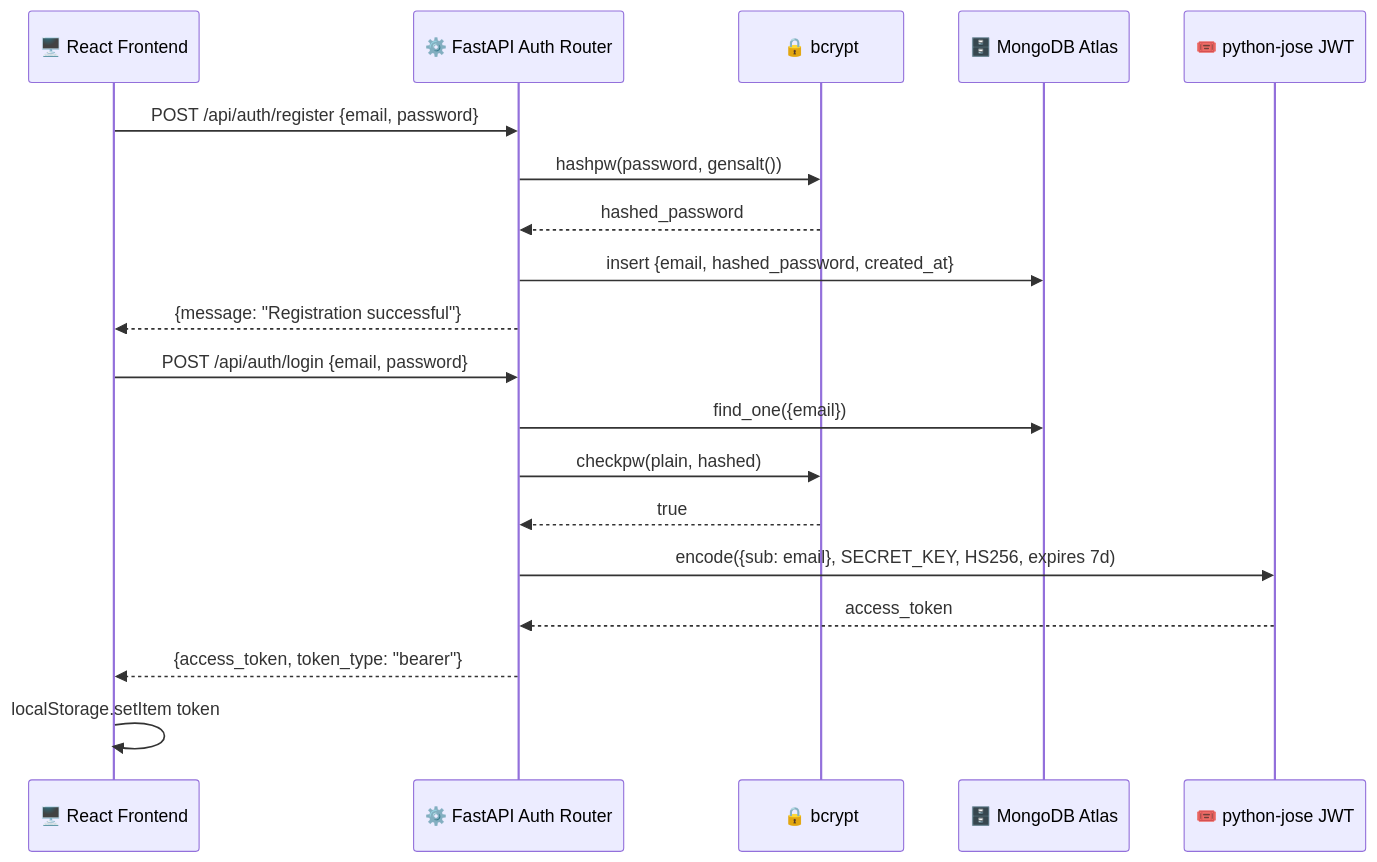
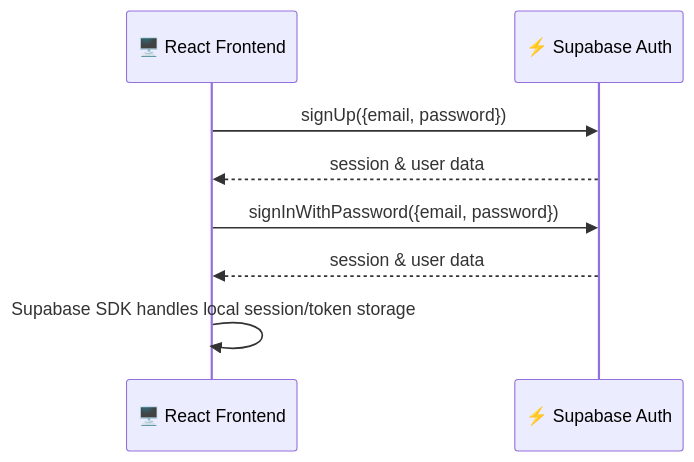
Before and after one commit to kamanasis/multi-agent-finance: the eighth of 9 diagrams in README.md, drawn with Mermaid. The commit also changed other lines of this file, not shown here.

Commit message:
docs: update README to reflect Supabase migration and remove MongoDB references

````diff
--- a/README.md
+++ b/README.md
@@ -396,23 +396,13 @@
 ```mermaid
 sequenceDiagram
     participant UI as 🖥️ React Frontend
-    participant API as ⚙️ FastAPI Auth Router
-    participant BCRYPT as 🔒 bcrypt
-    participant MONGO as 🗄️ MongoDB Atlas
-    participant JWT as 🎟️ python-jose JWT
-
-    UI->>API: POST /api/auth/register {email, password}
-    API->>BCRYPT: hashpw(password, gensalt())
-    BCRYPT-->>API: hashed_password
-    API->>MONGO: insert {email, hashed_password, created_at}
-    API-->>UI: {message: "Registration successful"}
-
-    UI->>API: POST /api/auth/login {email, password}
-    API->>MONGO: find_one({email})
-    API->>BCRYPT: checkpw(plain, hashed)
-    BCRYPT-->>API: true
-    API->>JWT: encode({sub: email}, SECRET_KEY, HS256, expires 7d)
-    JWT-->>API: access_token
-    API-->>UI: {access_token, token_type: "bearer"}
-    UI->>UI: localStorage.setItem token
+    participant SUPA as ⚡ Supabase Auth
+    
+    UI->>SUPA: signUp({email, password})
+    SUPA-->>UI: session & user data
+    
+    UI->>SUPA: signInWithPassword({email, password})
+    SUPA-->>UI: session & user data
+    
+    UI->>UI: Supabase SDK handles local session/token storage
 ```
````
